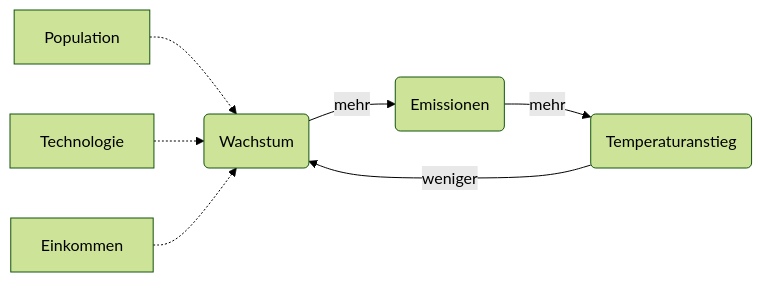
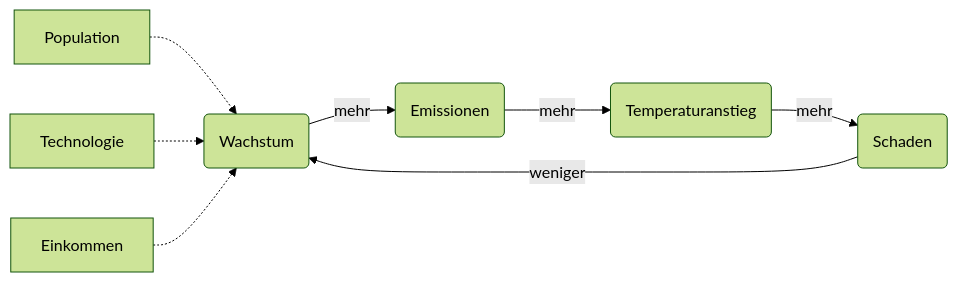
Before and after one commit to skriptum/vwl3: the diagram in VL_Wachstum/2023-01-17-Klima-Solow.md, drawn with Mermaid (forest theme). The commit also changed 13 other files, not shown here.

````diff
--- a/VL_Wachstum/2023-01-17-Klima-Solow.md
+++ b/VL_Wachstum/2023-01-17-Klima-Solow.md
@@ -31,6 +31,8 @@
 ```mermaid
 graph LR
 W(Wachstum) --mehr--> E(Emissionen) --mehr--> T(Temperaturanstieg)
+S(Schaden)
 Population & Technologie & Einkommen -.-> W
-T --weniger--> W
+T --mehr--> S
+S --weniger--> W
 ```
````
